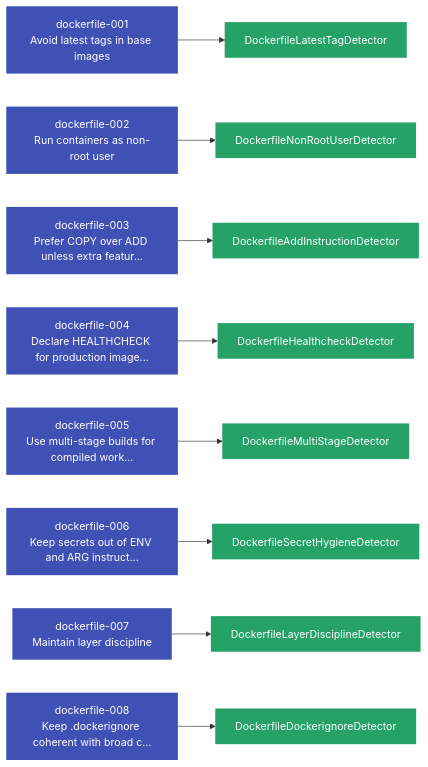
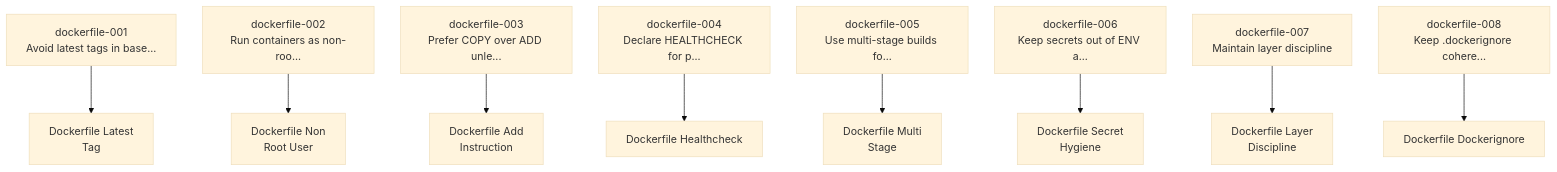
The first of 4 diagrams in docs/user-guide/languages/dockerfile.md (Anselmoo/mcp-zen-of-languages), drawn with Mermaid before and after one commit. The commit also changed other lines of this file and 23 other files, not shown here.

First line of the commit message:
fix(docs): repair Mermaid contrast, text overflow, and expand diagram coverage (#137)

````diff
--- a/docs/user-guide/languages/dockerfile.md
+++ b/docs/user-guide/languages/dockerfile.md
@@ -192,45 +192,28 @@
     ```mermaid
-    graph LR
-    dockerfile_001["dockerfile-001<br/>Avoid latest tags in base images"]
-    dockerfile_002["dockerfile-002<br/>Run containers as non-root user"]
-    dockerfile_003["dockerfile-003<br/>Prefer COPY over ADD unless extra featur..."]
-    dockerfile_004["dockerfile-004<br/>Declare HEALTHCHECK for production image..."]
-    dockerfile_005["dockerfile-005<br/>Use multi-stage builds for compiled work..."]
-    dockerfile_006["dockerfile-006<br/>Keep secrets out of ENV and ARG instruct..."]
+    %%{init: {"theme": "base", "flowchart": {"useMaxWidth": false, "htmlLabels": true, "nodeSpacing": 40, "rankSpacing": 60}}}%%
+    graph TD
+    dockerfile_001["dockerfile-001<br/>Avoid latest tags in base..."]
+    dockerfile_002["dockerfile-002<br/>Run containers as non-roo..."]
+    dockerfile_003["dockerfile-003<br/>Prefer COPY over ADD unle..."]
+    dockerfile_004["dockerfile-004<br/>Declare HEALTHCHECK for p..."]
+    dockerfile_005["dockerfile-005<br/>Use multi-stage builds fo..."]
+    dockerfile_006["dockerfile-006<br/>Keep secrets out of ENV a..."]
     dockerfile_007["dockerfile-007<br/>Maintain layer discipline"]
-    dockerfile_008["dockerfile-008<br/>Keep .dockerignore coherent with broad c..."]
-    det_DockerfileAddInstructionDetector["DockerfileAddInstructionDetector"]
+    dockerfile_008["dockerfile-008<br/>Keep .dockerignore cohere..."]
+    det_DockerfileAddInstructionDetector["Dockerfile Add<br/>Instruction"]
     dockerfile_003 --> det_DockerfileAddInstructionDetector
-    det_DockerfileDockerignoreDetector["DockerfileDockerignoreDetector"]
+    det_DockerfileDockerignoreDetector["Dockerfile Dockerignore"]
     dockerfile_008 --> det_DockerfileDockerignoreDetector
-    det_DockerfileHealthcheckDetector["DockerfileHealthcheckDetector"]
+    det_DockerfileHealthcheckDetector["Dockerfile Healthcheck"]
     dockerfile_004 --> det_DockerfileHealthcheckDetector
-    det_DockerfileLatestTagDetector["DockerfileLatestTagDetector"]
+    det_DockerfileLatestTagDetector["Dockerfile Latest<br/>Tag"]
     dockerfile_001 --> det_DockerfileLatestTagDetector
-    det_DockerfileLayerDisciplineDetector["DockerfileLayerDisciplineDetector"]
+    det_DockerfileLayerDisciplineDetector["Dockerfile Layer<br/>Discipline"]
     dockerfile_007 --> det_DockerfileLayerDisciplineDetector
-    det_DockerfileMultiStageDetector["DockerfileMultiStageDetector"]
+    det_DockerfileMultiStageDetector["Dockerfile Multi<br/>Stage"]
     dockerfile_005 --> det_DockerfileMultiStageDetector
-    det_DockerfileNonRootUserDetector["DockerfileNonRootUserDetector"]
+    det_DockerfileNonRootUserDetector["Dockerfile Non<br/>Root User"]
     dockerfile_002 --> det_DockerfileNonRootUserDetector
-    det_DockerfileSecretHygieneDetector["DockerfileSecretHygieneDetector"]
+    det_DockerfileSecretHygieneDetector["Dockerfile Secret<br/>Hygiene"]
     dockerfile_006 --> det_DockerfileSecretHygieneDetector
-    classDef principle fill:#4051b5,color:#fff,stroke:none
-    classDef detector fill:#26a269,color:#fff,stroke:none
-    class dockerfile_001 principle
-    class dockerfile_002 principle
-    class dockerfile_003 principle
-    class dockerfile_004 principle
-    class dockerfile_005 principle
-    class dockerfile_006 principle
-    class dockerfile_007 principle
-    class dockerfile_008 principle
-    class det_DockerfileAddInstructionDetector detector
-    class det_DockerfileDockerignoreDetector detector
-    class det_DockerfileHealthcheckDetector detector
-    class det_DockerfileLatestTagDetector detector
-    class det_DockerfileLayerDisciplineDetector detector
-    class det_DockerfileMultiStageDetector detector
-    class det_DockerfileNonRootUserDetector detector
-    class det_DockerfileSecretHygieneDetector detector
     ```
````
